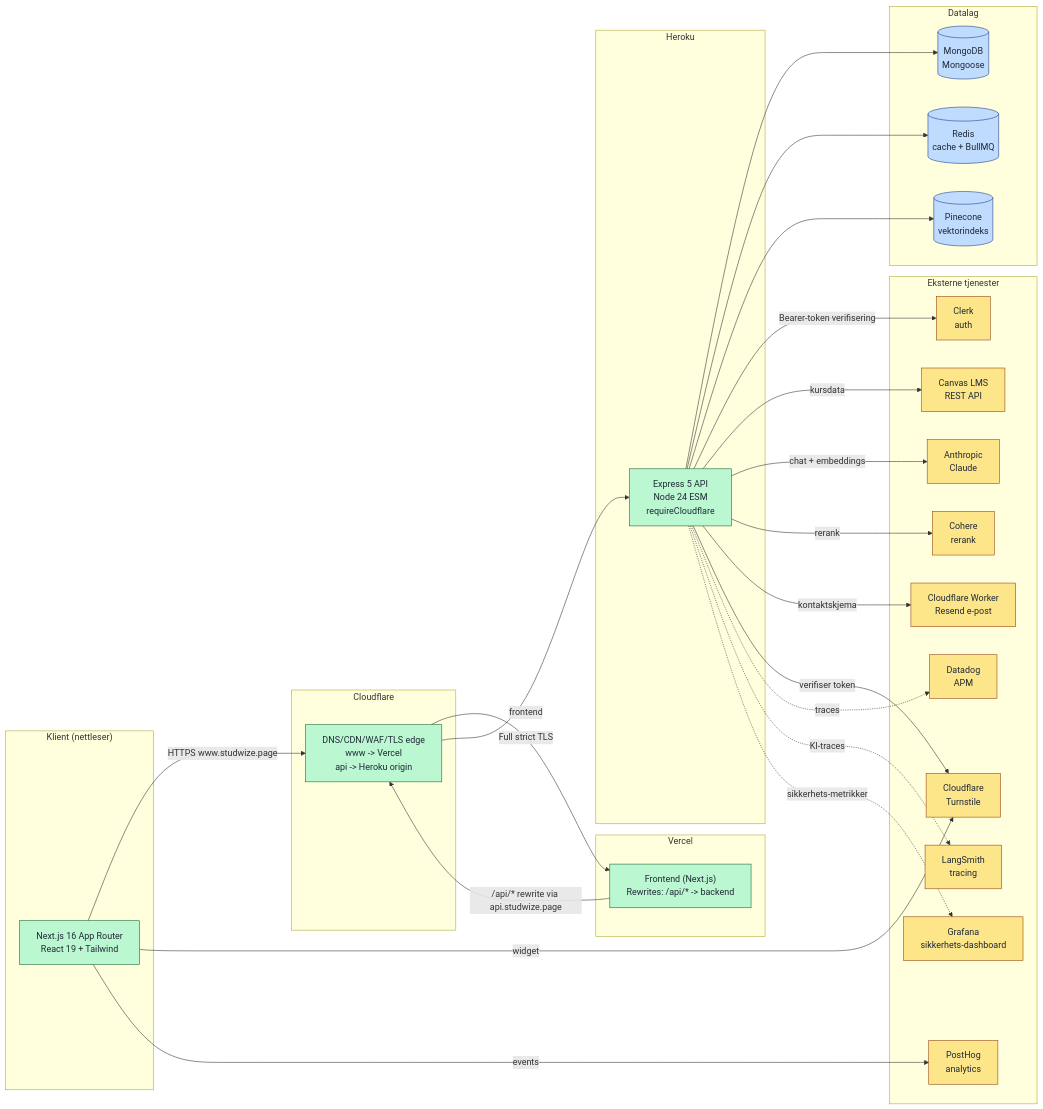
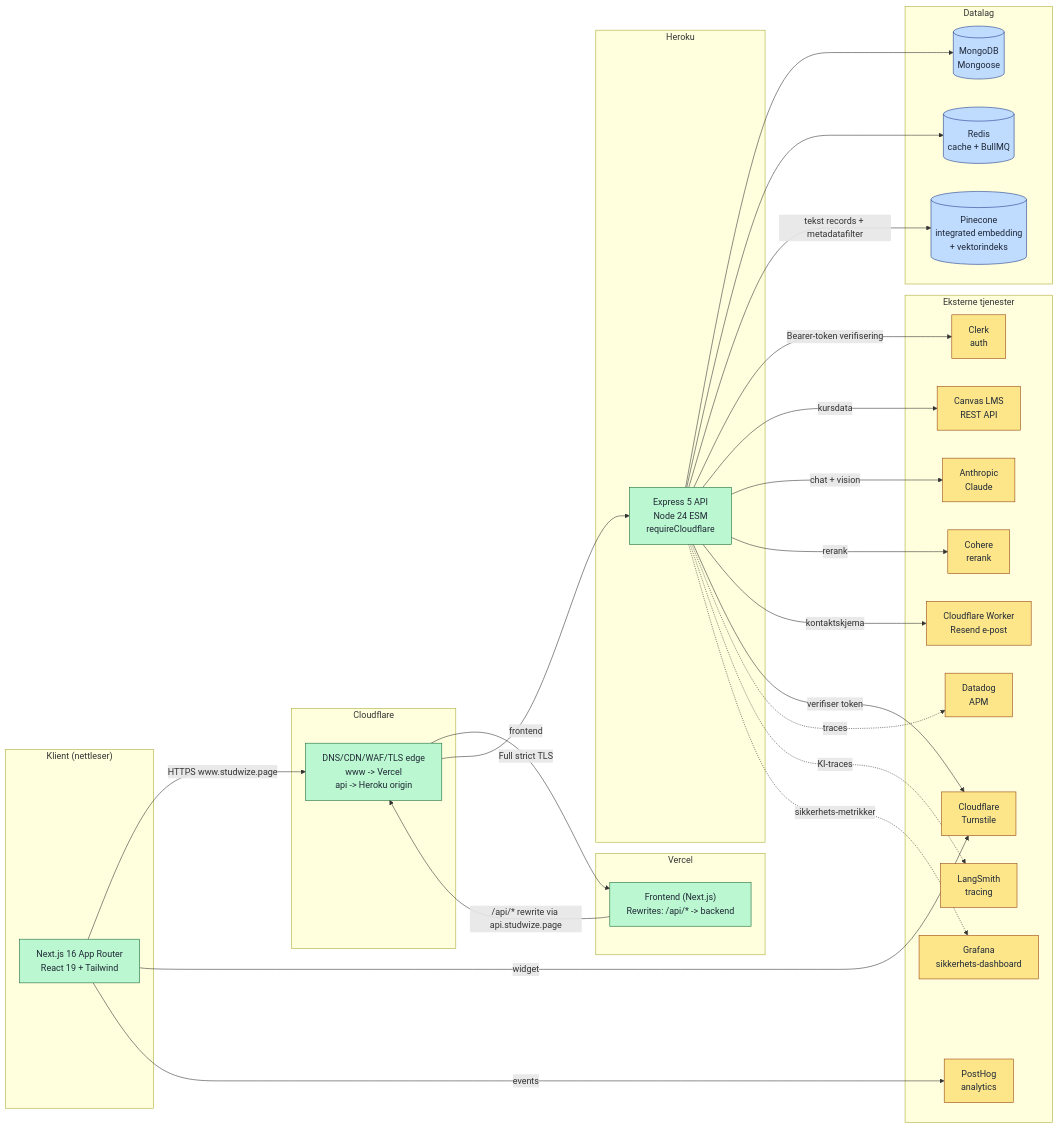
The diagram in filer_prosjekt/diagrammer/01-arkitektur-overordnet.md (26zl/StudyWise), drawn with Mermaid before and after one commit. The commit also changed 67 other files, not shown here.

Commit message:
Mitigert for supply chain attacks og oppdatert diagrammer.

````diff
--- a/filer_prosjekt/diagrammer/01-arkitektur-overordnet.md
+++ b/filer_prosjekt/diagrammer/01-arkitektur-overordnet.md
@@ -5,67 +5,67 @@
 ```mermaid
 flowchart LR
     subgraph Klient["Klient (nettleser)"]
         UI["Next.js 16 App Router<br/>React 19 + Tailwind"]
     end
 
     subgraph Vercel["Vercel"]
         FE["Frontend (Next.js)<br/>Rewrites: /api/* -> backend"]
     end
 
     subgraph Cloudflare["Cloudflare"]
         CFEDGE["DNS/CDN/WAF/TLS edge<br/>www -> Vercel<br/>api -> Heroku origin"]
     end
 
     subgraph Heroku["Heroku"]
         BE["Express 5 API<br/>Node 24 ESM<br/>requireCloudflare"]
     end
 
     subgraph Datalag["Datalag"]
         MONGO[("MongoDB<br/>Mongoose")]
         REDIS[("Redis<br/>cache + BullMQ")]
-        PINE[("Pinecone<br/>vektorindeks")]
+        PINE[("Pinecone<br/>integrated embedding<br/>+ vektorindeks")]
     end
 
     subgraph Eksterne["Eksterne tjenester"]
         CLERK["Clerk<br/>auth"]
         CANVAS["Canvas LMS<br/>REST API"]
         ANTH["Anthropic<br/>Claude"]
         COHERE["Cohere<br/>rerank"]
         TURN["Cloudflare<br/>Turnstile"]
         POSTHOG["PostHog<br/>analytics"]
         DD["Datadog<br/>APM"]
         LANG["LangSmith<br/>tracing"]
         GRAF["Grafana<br/>sikkerhets-dashboard"]
         CFW["Cloudflare Worker<br/>Resend e-post"]
     end
 
     UI -->|HTTPS www.studwize.page| CFEDGE
     CFEDGE -->|frontend| FE
     FE -->|/api/* rewrite via api.studwize.page| CFEDGE
     CFEDGE -->|Full strict TLS| BE
 
     BE --> MONGO
     BE --> REDIS
-    BE --> PINE
+    BE -->|tekst records + metadatafilter| PINE
 
     BE -->|Bearer-token verifisering| CLERK
     BE -->|kursdata| CANVAS
-    BE -->|chat + embeddings| ANTH
+    BE -->|chat + vision| ANTH
     BE -->|rerank| COHERE
     BE -->|kontaktskjema| CFW
 
     UI -->|widget| TURN
     BE -->|verifiser token| TURN
     UI -->|events| POSTHOG
 
     BE -.->|traces| DD
     BE -.->|KI-traces| LANG
     BE -.->|sikkerhets-metrikker| GRAF
 
     classDef ext fill:#fde68a,stroke:#92400e,color:#1f2937
     classDef data fill:#bfdbfe,stroke:#1e3a8a,color:#1f2937
     classDef app fill:#bbf7d0,stroke:#166534,color:#1f2937
     class CLERK,CANVAS,ANTH,COHERE,TURN,POSTHOG,DD,LANG,GRAF,CFW ext
     class MONGO,REDIS,PINE data
     class FE,BE,UI,CFEDGE app
 ```
````
